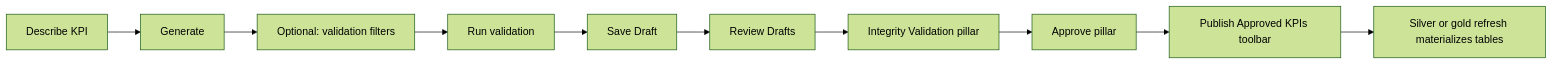
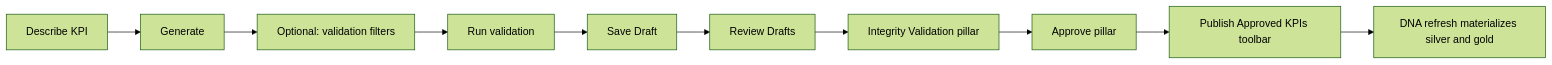
The diagram in docs/kpi-generator.md (JeremiahDavid/glue), drawn with Mermaid (forest theme) before and after one commit. The commit also changed other lines of this file and 76 other files, not shown here.

First line of the commit message:
MAJOR UPDATE - added silver_stg and combined all of dna into a single glue job.

````diff
--- a/docs/kpi-generator.md
+++ b/docs/kpi-generator.md
@@ -24,12 +24,12 @@
 ```mermaid
 flowchart LR
   A[Describe KPI] --> B[Generate]
   B --> C[Optional: validation filters]
   C --> D[Run validation]
   D --> E[Save Draft]
   E --> F[Review Drafts]
   F --> G[Integrity Validation pillar]
   G --> H[Approve pillar]
   H --> I[Publish Approved KPIs toolbar]
-  I --> J[Silver or gold refresh materializes tables]
+  I --> J[DNA refresh materializes silver and gold]
 ```
````
